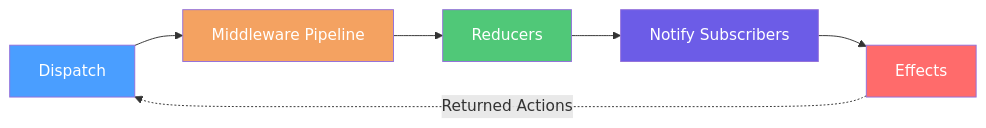
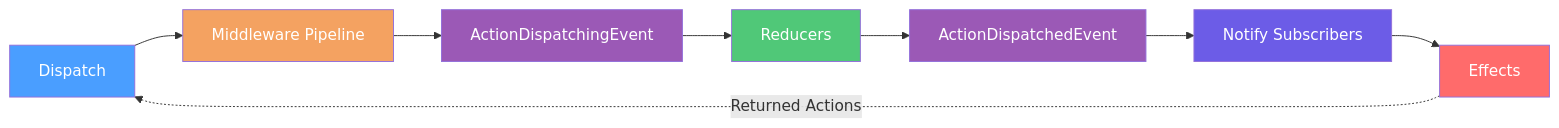
One commit to Gibbs-Morris/mississippi changed the diagram in docs/Docusaurus/docs/client-state-management/store.md. Above: the diagram before and after it, drawn with Mermaid. The commit also changed other lines of this file and 22 other files, not shown here.

````diff
--- a/docs/Docusaurus/docs/client-state-management/store.md
+++ b/docs/Docusaurus/docs/client-state-management/store.md
@@ -72,14 +78,18 @@
 ```mermaid
 flowchart LR
     A[Dispatch] --> B[Middleware Pipeline]
-    B --> C[Reducers]
-    C --> D[Notify Subscribers]
+    B --> SE1[ActionDispatchingEvent]
+    SE1 --> C[Reducers]
+    C --> SE2[ActionDispatchedEvent]
+    SE2 --> D[Notify Subscribers]
     D --> E[Effects]
     E -.->|Returned Actions| A
     
     style A fill:#4a9eff,color:#fff
     style B fill:#f4a261,color:#fff
     style C fill:#50c878,color:#fff
     style D fill:#6c5ce7,color:#fff
     style E fill:#ff6b6b,color:#fff
+    style SE1 fill:#9b59b6,color:#fff
+    style SE2 fill:#9b59b6,color:#fff
 ```
````
